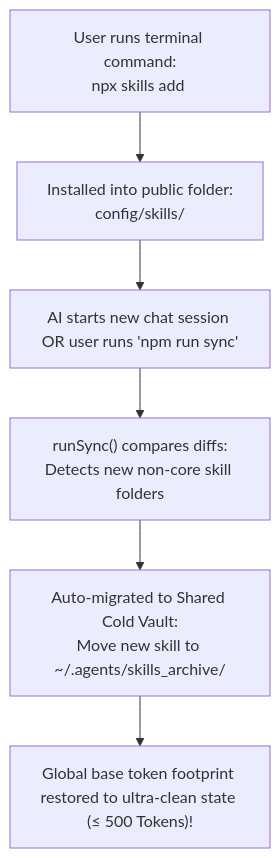
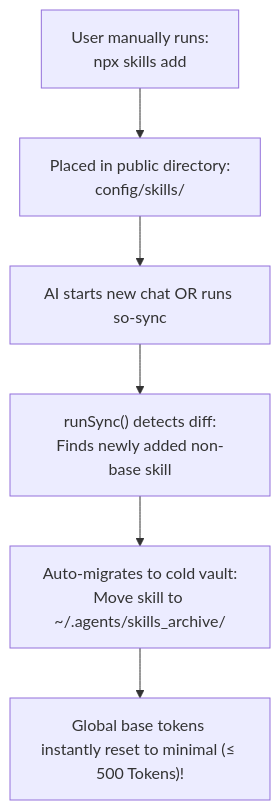
The second of 2 diagrams in README.md (amasun/skill-orchestrator), drawn with Mermaid before and after one commit. The commit also changed other lines of this file and 1 other file, not shown here.

````diff
--- a/README.md
+++ b/README.md
@@ -244,8 +107,8 @@
 ```mermaid
 flowchart TD
-    UserAction["User runs terminal command:<br>npx skills add <skill-name>"] --> PublicFolder["Installed into public folder:<br>config/skills/"]
-    PublicFolder --> Trigger["AI starts new chat session OR user runs 'npm run sync'"]
-    Trigger --> Detect["runSync() compares diffs:<br>Detects new non-core skill folders"]
-    Detect --> Migrate["Auto-migrated to Shared Cold Vault:<br>Move new skill to ~/.agents/skills_archive/"]
-    Migrate --> Result["Global base token footprint restored to ultra-clean state (&le; 500 Tokens)!"]
+    UserAction["User manually runs:<br>npx skills add <name>"] --> PublicFolder["Placed in public directory:<br>config/skills/"]
+    PublicFolder --> Trigger["AI starts new chat OR runs so-sync"]
+    Trigger --> Detect["runSync() detects diff:<br>Finds newly added non-base skill"]
+    Detect --> Migrate["Auto-migrates to cold vault:<br>Move skill to ~/.agents/skills_archive/"]
+    Migrate --> Result["Global base tokens instantly reset to minimal (&le; 500 Tokens)!"]
 ```
````
